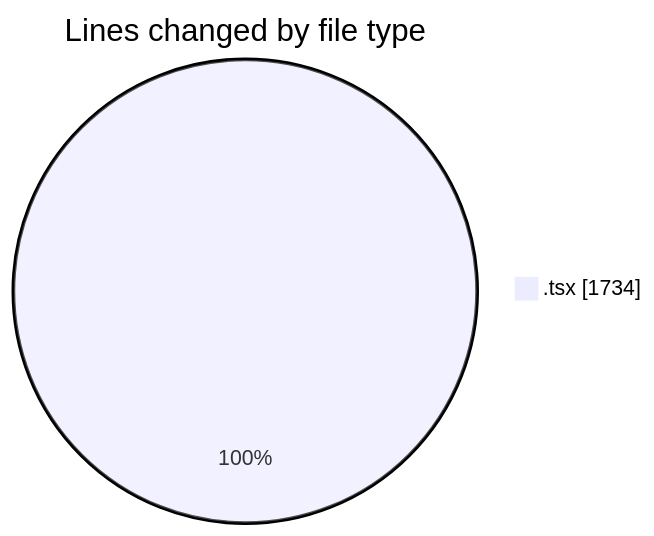
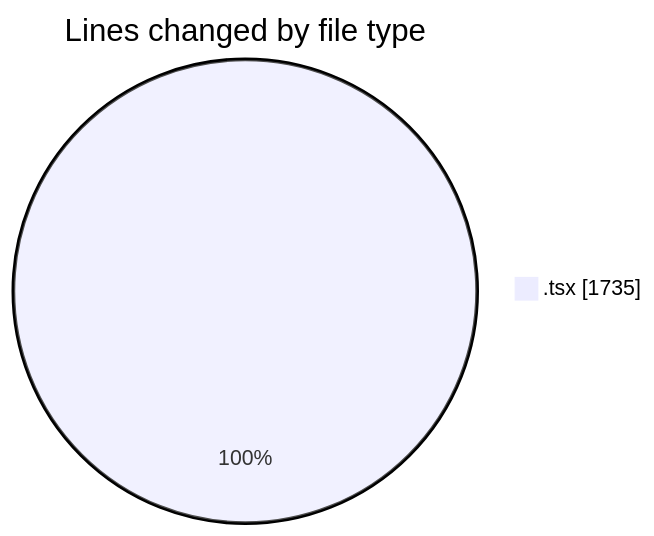
Before and after one commit to nxtqubesakshisongat/code-tracking: the first of 2 diagrams in 2026-06-07/nxtqube_webapp/README.md, drawn with Mermaid. The commit also changed other lines of this file and 1 other file, not shown here.

````diff
--- a/2026-06-07/nxtqube_webapp/README.md
+++ b/2026-06-07/nxtqube_webapp/README.md
@@ -23,5 +23,5 @@
 ```mermaid
 pie showData
 title Lines changed by file type
-".tsx" : 1734
+".tsx" : 1735
 ```
````
